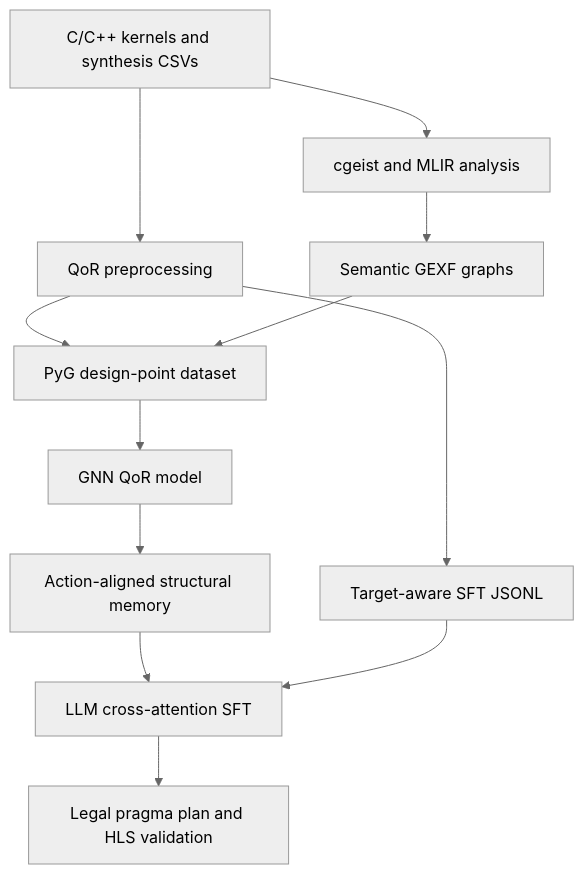
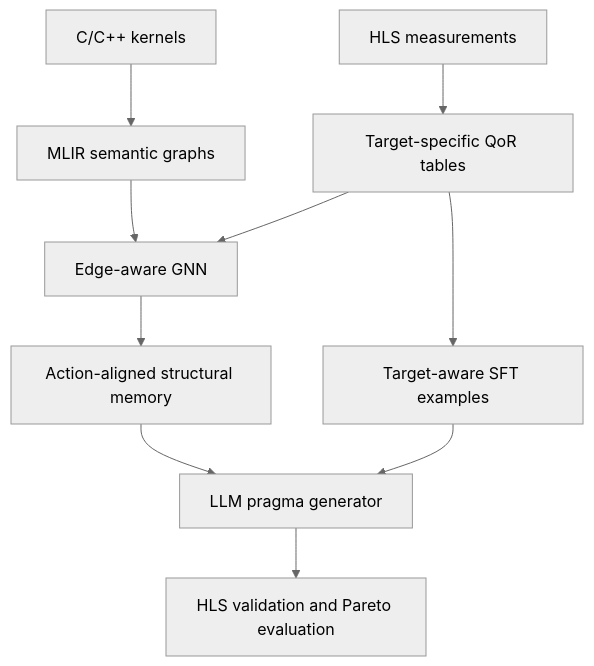
The diagram in README.md (ElenaVouvali/MailoHLS), drawn with Mermaid (neutral theme) before and after one commit. The commit also changed other lines of this file and 64 other files, not shown here.

Commit message:
target aware MailoHLS

````diff
--- a/README.md
+++ b/README.md
@@ -24,14 +29,12 @@
 ```mermaid
 flowchart TD
-    A["C/C++ kernels and synthesis CSVs"] --> B["QoR preprocessing"]
-    A --> C["cgeist and MLIR analysis"]
-    C --> D["Semantic GEXF graphs"]
-    B --> E["PyG design-point dataset"]
+    A["C/C++ kernels"] --> C["MLIR semantic graphs"]
+    B["HLS measurements"] --> D["Target-specific QoR tables"]
+    C --> E["Edge-aware GNN"]
     D --> E
-    E --> F["GNN QoR model"]
-    F --> G["Action-aligned structural memory"]
-    B --> H["Target-aware SFT JSONL"]
-    G --> I["LLM cross-attention SFT"]
-    H --> I
-    I --> J["Legal pragma plan and HLS validation"]
+    E --> F["Action-aligned structural memory"]
+    D --> G["Target-aware SFT examples"]
+    F --> H["LLM pragma generator"]
+    G --> H
+    H --> I["HLS validation and Pareto evaluation"]
 ```
````
